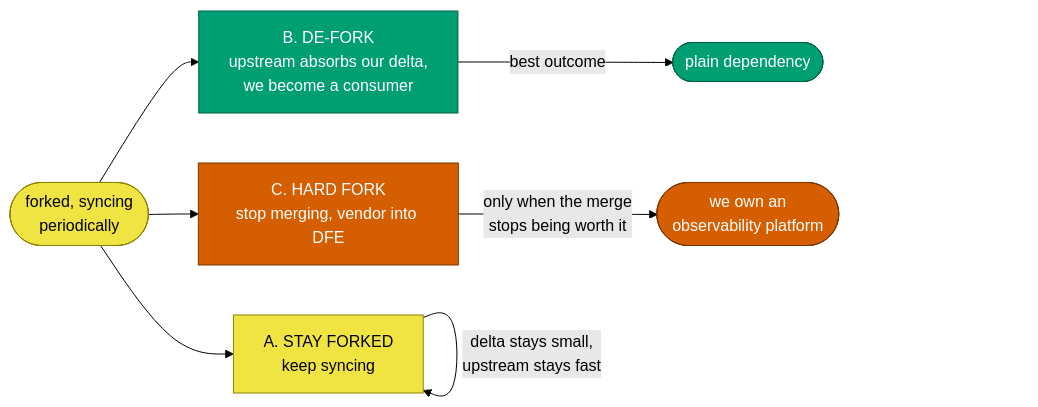
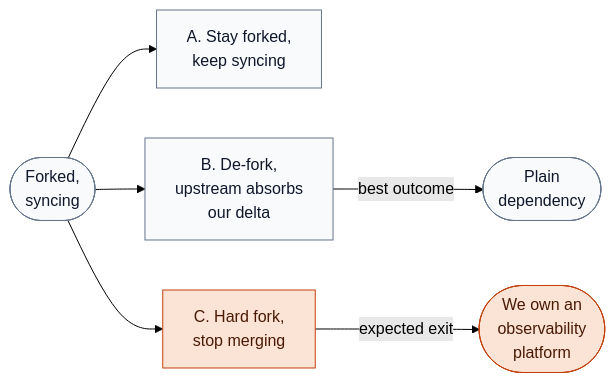
Before and after one commit to hyperi-io/dfe-hyperdx: the diagram in docs/fork/leaving-upstream.md, drawn with Mermaid (forest theme). The commit also changed other lines of this file and 24 other files, not shown here.

First line of the commit message:
docs(hyperdx): fix claims and redraw the fork docs diagrams

````diff
--- a/docs/fork/leaving-upstream.md
+++ b/docs/fork/leaving-upstream.md
@@ -13,18 +16,22 @@
 ```mermaid
 flowchart LR
-    now(["forked, syncing<br/>periodically"])
-    now --> a["A. STAY FORKED<br/>keep syncing"]
-    now --> b["B. DE-FORK<br/>upstream absorbs our delta,<br/>we become a consumer"]
-    now --> c["C. HARD FORK<br/>stop merging, vendor into DFE"]
+    accTitle: L4 Detail -- Three ways out of the fork
+    accDescr: From forked and syncing, A stays forked and keeps syncing, B lets upstream absorb our delta and ends as a plain dependency, and C stops merging and copies the code into DFE, ending with us owning an observability platform.
 
-    a -->|delta stays small,<br/>upstream stays fast| a
-    b -->|best outcome| done(["plain dependency"])
-    c -->|only when the merge<br/>stops being worth it| own(["we own an<br/>observability platform"])
+    now(["Forked,<br/>syncing"])
+    a["A. Stay forked,<br/>keep syncing"]
+    b["B. De-fork,<br/>upstream absorbs<br/>our delta"]
+    c["C. Hard fork,<br/>stop merging"]
+    done(["Plain<br/>dependency"])
+    own(["We own an<br/>observability<br/>platform"])
 
-    classDef good fill:#009E73,stroke:#005f45,color:#ffffff
-    classDef ok fill:#F0E442,stroke:#8a8200,color:#000000
-    classDef costly fill:#D55E00,stroke:#7a3500,color:#ffffff
-    class b,done good
-    class a,now ok
-    class c,own costly
+    now --> a
+    now --> b
+    now --> c
+    b -->|best outcome| done
+    c -->|expected exit| own
+
+    classDef default fill:#F8FAFC,stroke:#64748B,stroke-width:1px,color:#0F172A
+    classDef error fill:#FBE3D6,stroke:#C2410C,stroke-width:1px,color:#4A1A05
+    class c,own error
 ```
````
